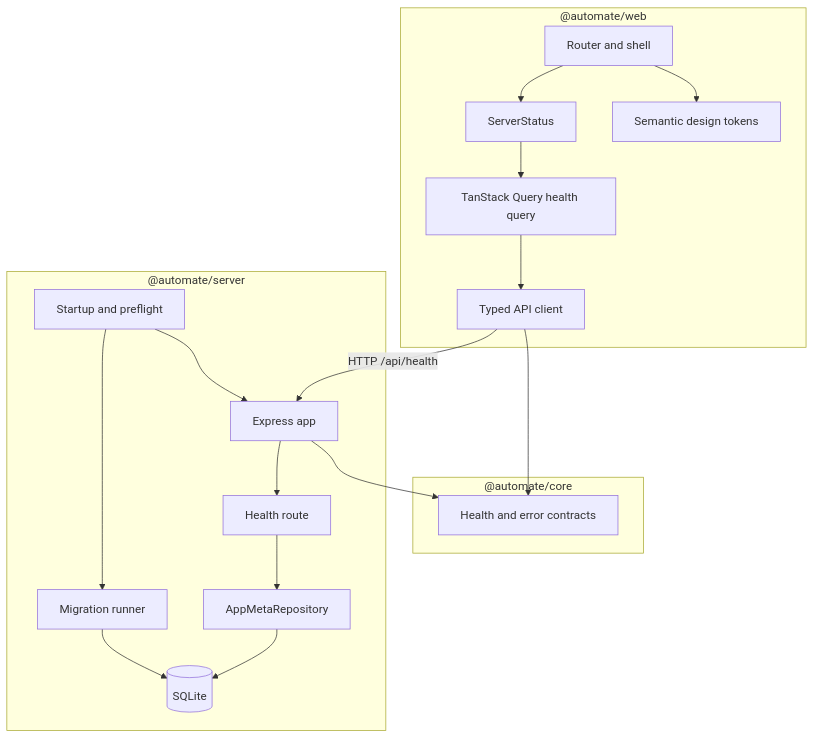
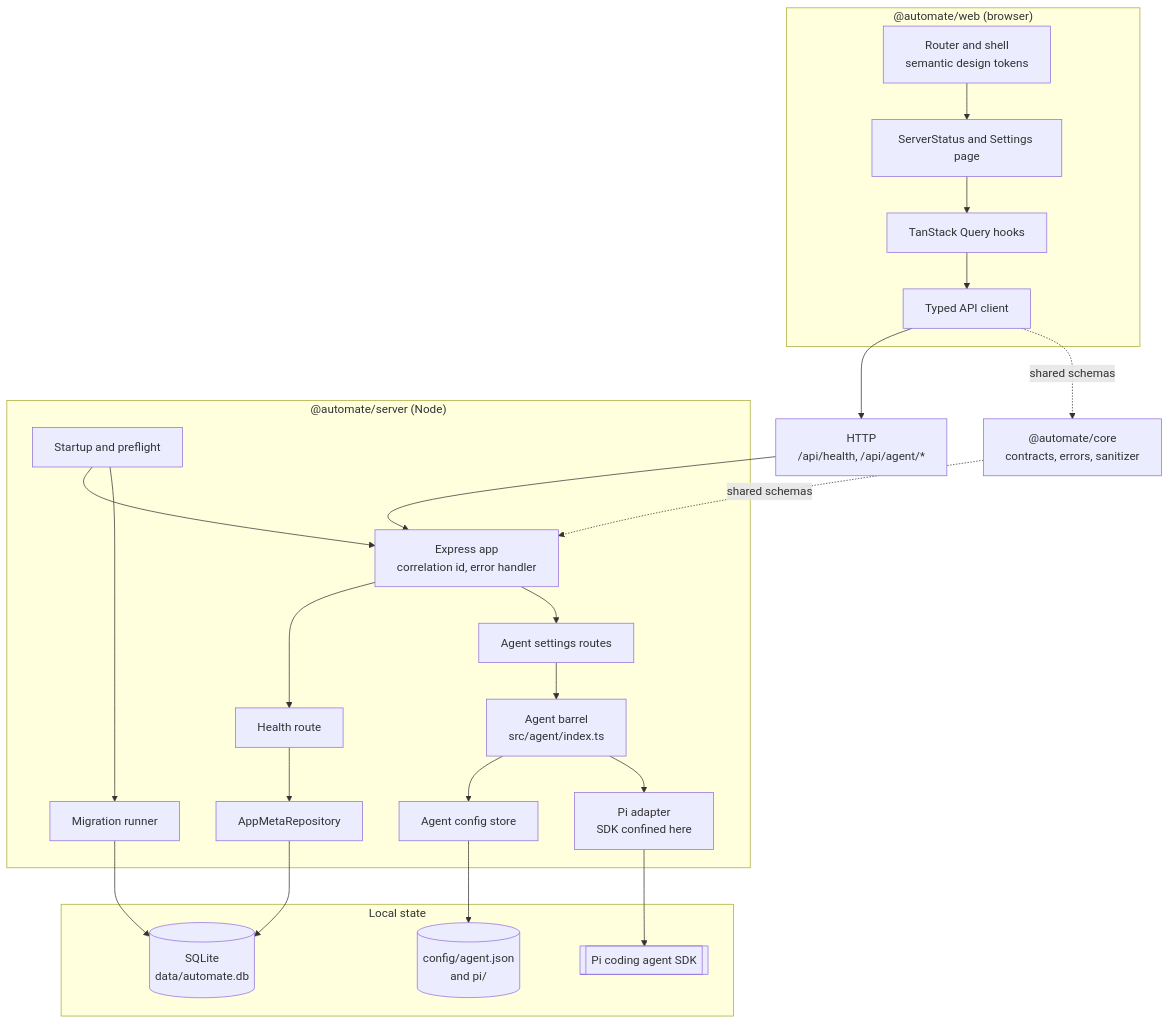
Before and after one commit to abranjith/auto-mate: the second of 3 diagrams in docs/architecture.md, drawn with Mermaid. The commit also changed other lines of this file and 77 other files, not shown here.

Commit message:
agent core setup

````diff
--- a/docs/architecture.md
+++ b/docs/architecture.md
@@ -25,23 +27,46 @@
 ```mermaid
-flowchart TD
-  subgraph Web["@automate/web"]
-    Router[Router and shell] --> Status[ServerStatus]
-    Status --> Query[TanStack Query health query]
-    Query --> Client[Typed API client]
-    Router --> Tokens[Semantic design tokens]
+flowchart TB
+  subgraph web["@automate/web (browser)"]
+    Shell["Router and shell<br/>semantic design tokens"]
+    Pages["ServerStatus and Settings page"]
+    Hooks["TanStack Query hooks"]
+    Client["Typed API client"]
+    Shell --> Pages --> Hooks --> Client
   end
-  subgraph Core["@automate/core"]
-    Contracts[Health and error contracts]
+
+  Http["HTTP<br/>/api/health, /api/agent/*"]
+  Core["@automate/core<br/>contracts, errors, sanitizer"]
+
+  subgraph server["@automate/server (Node)"]
+    Startup["Startup and preflight"]
+    App["Express app<br/>correlation id, error handler"]
+    Migrate["Migration runner"]
+    Health["Health route"]
+    Agents["Agent settings routes"]
+    Repo["AppMetaRepository"]
+    Barrel["Agent barrel<br/>src/agent/index.ts"]
+    Config["Agent config store"]
+    Adapter["Pi adapter<br/>SDK confined here"]
+    Startup --> App
+    Startup --> Migrate
+    App --> Health
+    App --> Agents
+    Health --> Repo
+    Agents --> Barrel
+    Barrel --> Config
+    Barrel --> Adapter
   end
-  subgraph Server["@automate/server"]
-    Startup[Startup and preflight] --> App[Express app]
-    Startup --> Migration[Migration runner]
-    App --> Health[Health route]
-    Health --> Repository[AppMetaRepository]
-    Migration --> Database[(SQLite)]
-    Repository --> Database
+
+  subgraph state["Local state"]
+    Db[("SQLite<br/>data/automate.db")]
+    AgentFiles[("config/agent.json<br/>and pi/")]
+    Sdk[["Pi coding agent SDK"]]
   end
-  Client -->|HTTP /api/health| App
-  Client --> Contracts
-  App --> Contracts
+
+  Client --> Http --> App
+  Client -. "shared schemas" .-> Core -. "shared schemas" .-> App
+  Repo --> Db
+  Migrate --> Db
+  Config --> AgentFiles
+  Adapter --> Sdk
 ```
````
